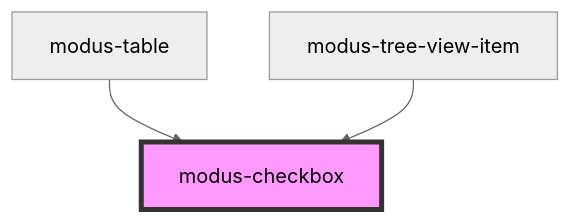
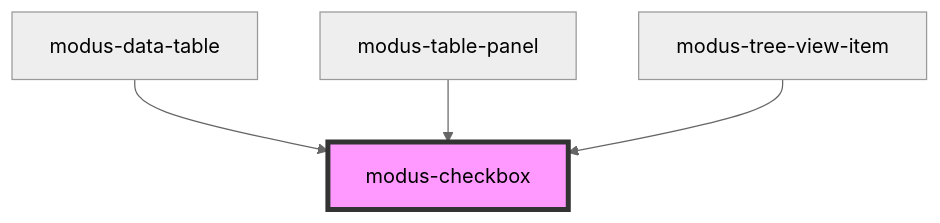
One commit to trimble-oss/modus-web-components changed the diagram in stencil-workspace/src/components/modus-checkbox/readme.md. Above: the diagram before and after it, drawn with Mermaid (neutral theme). The commit also changed other lines of this file and 27 other files, not shown here.

Commit message:
Cell Renderer for Modus Data Table

````diff
--- a/stencil-workspace/src/components/modus-checkbox/readme.md
+++ b/stencil-workspace/src/components/modus-checkbox/readme.md
@@ -48,6 +49,7 @@
 ```mermaid
 graph TD;
-  modus-table --> modus-checkbox
+  modus-data-table --> modus-checkbox
+  modus-table-panel --> modus-checkbox
   modus-tree-view-item --> modus-checkbox
   style modus-checkbox fill:#f9f,stroke:#333,stroke-width:4px
 ```
````
